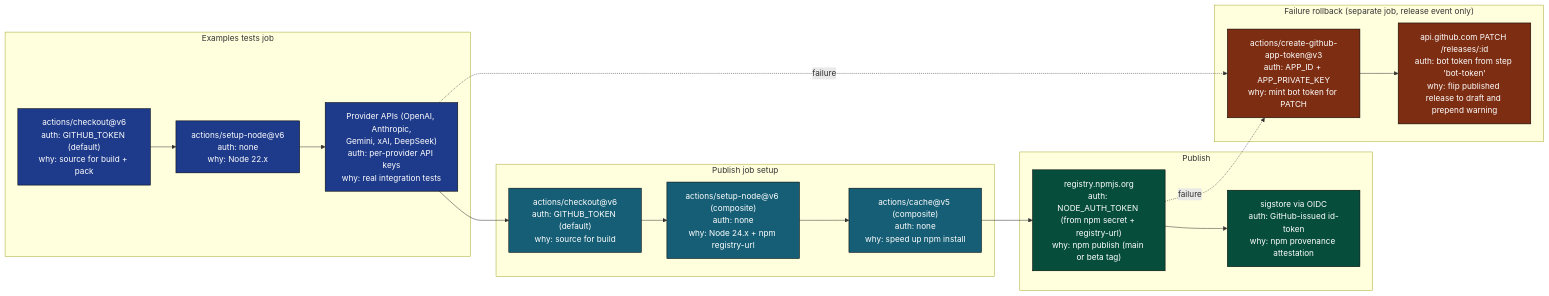
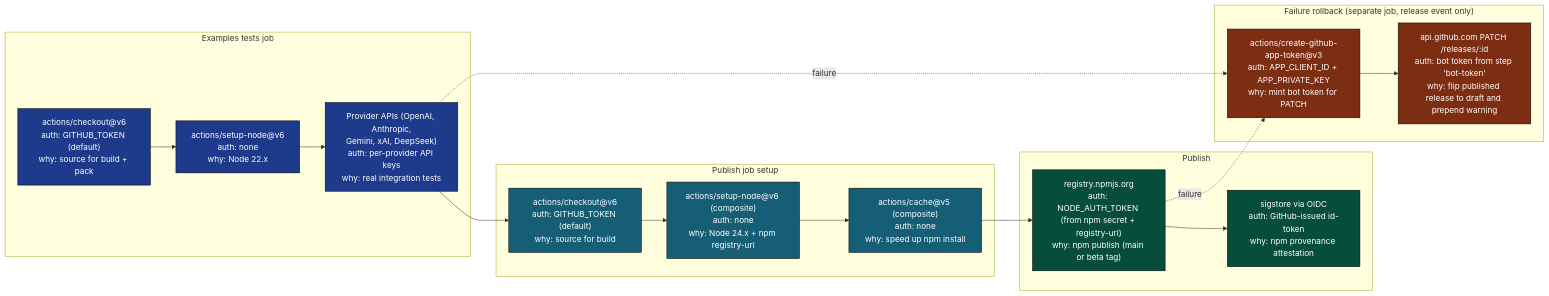
The seventh of 12 diagrams in .github/docs/PUBLISH_RELEASE_DEEP_DIVE.md (llm-exe/llm-exe), drawn with Mermaid before and after one commit. The commit also changed 13 other files, not shown here.

Commit message:
fix: update references from APP_ID to APP_CLIENT_ID in documentation

````diff
--- a/.github/docs/PUBLISH_RELEASE_DEEP_DIVE.md
+++ b/.github/docs/PUBLISH_RELEASE_DEEP_DIVE.md
@@ -336,37 +336,37 @@
 ```mermaid
 flowchart LR
     classDef pre fill:#155e75,color:#fff,stroke:#000
     classDef test fill:#1e3a8a,color:#fff,stroke:#000
     classDef pub fill:#064e3b,color:#fff,stroke:#000
     classDef rb fill:#7c2d12,color:#fff,stroke:#000
 
     subgraph ExTest["Examples tests job"]
         e1["actions/checkout@v6\nauth: GITHUB_TOKEN (default)\nwhy: source for build + pack"]:::test
         e2["actions/setup-node@v6\nauth: none\nwhy: Node 22.x"]:::test
         e3["Provider APIs (OpenAI, Anthropic,\nGemini, xAI, DeepSeek)\nauth: per-provider API keys\nwhy: real integration tests"]:::test
     end
 
     subgraph Pre["Publish job setup"]
         c1["actions/checkout@v6\nauth: GITHUB_TOKEN (default)\nwhy: source for build"]:::pre
         c2["actions/setup-node@v6 (composite)\nauth: none\nwhy: Node 24.x + npm registry-url"]:::pre
         c3["actions/cache@v5 (composite)\nauth: none\nwhy: speed up npm install"]:::pre
     end
 
     subgraph Pub["Publish"]
         d1["registry.npmjs.org\nauth: NODE_AUTH_TOKEN (from npm secret + registry-url)\nwhy: npm publish (main or beta tag)"]:::pub
         d2["sigstore via OIDC\nauth: GitHub-issued id-token\nwhy: npm provenance attestation"]:::pub
     end
 
     subgraph Rb["Failure rollback (separate job, release event only)"]
-        d3["actions/create-github-app-token@v3\nauth: APP_ID + APP_PRIVATE_KEY\nwhy: mint bot token for PATCH"]:::rb
+        d3["actions/create-github-app-token@v3\nauth: APP_CLIENT_ID + APP_PRIVATE_KEY\nwhy: mint bot token for PATCH"]:::rb
         d4["api.github.com PATCH /releases/:id\nauth: bot token from step 'bot-token'\nwhy: flip published release to draft and prepend warning"]:::rb
         d3 --> d4
     end
 
     e1 --> e2 --> e3
     e3 --> c1
     c1 --> c2 --> c3 --> d1
     d1 --> d2
     e3 -.failure.-> d3
     d1 -.failure.-> d3
 ```
````
